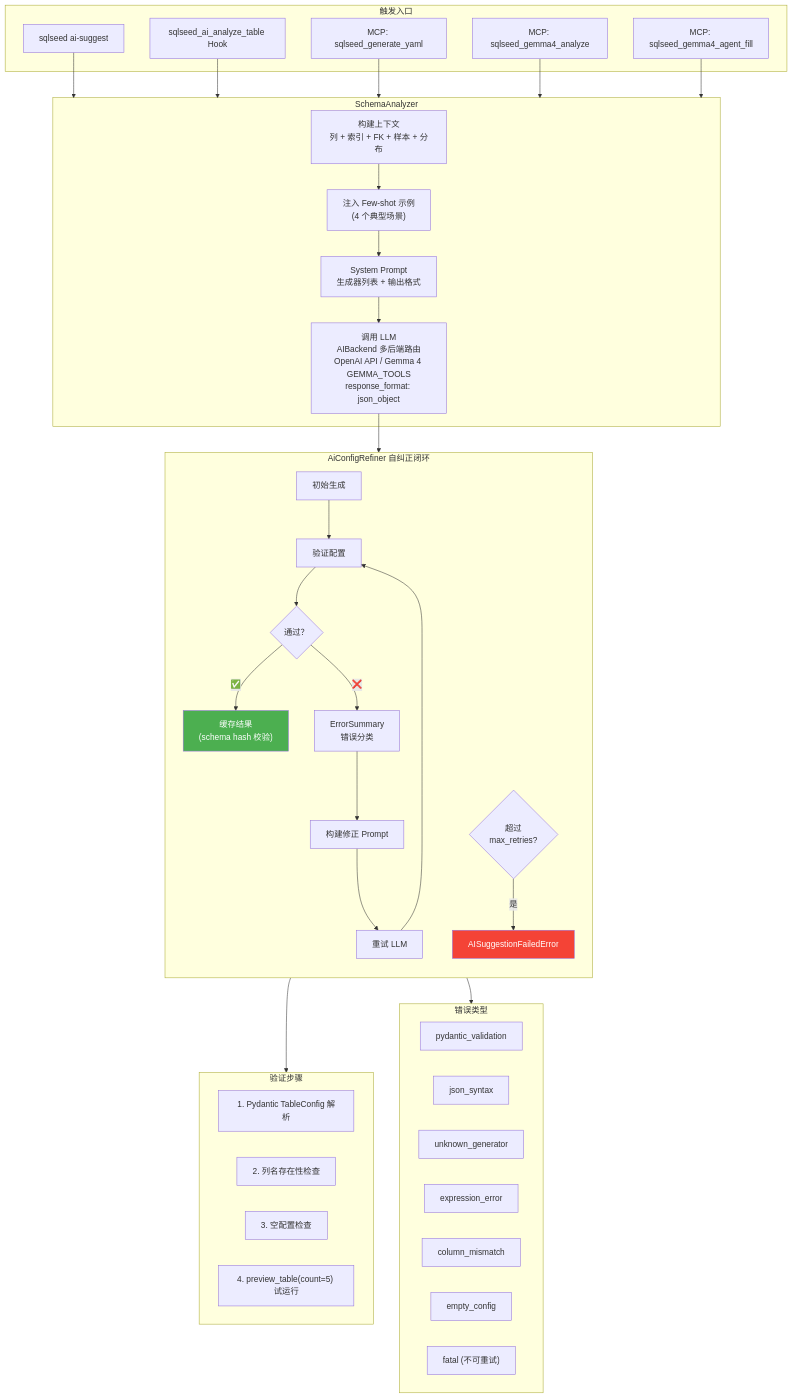
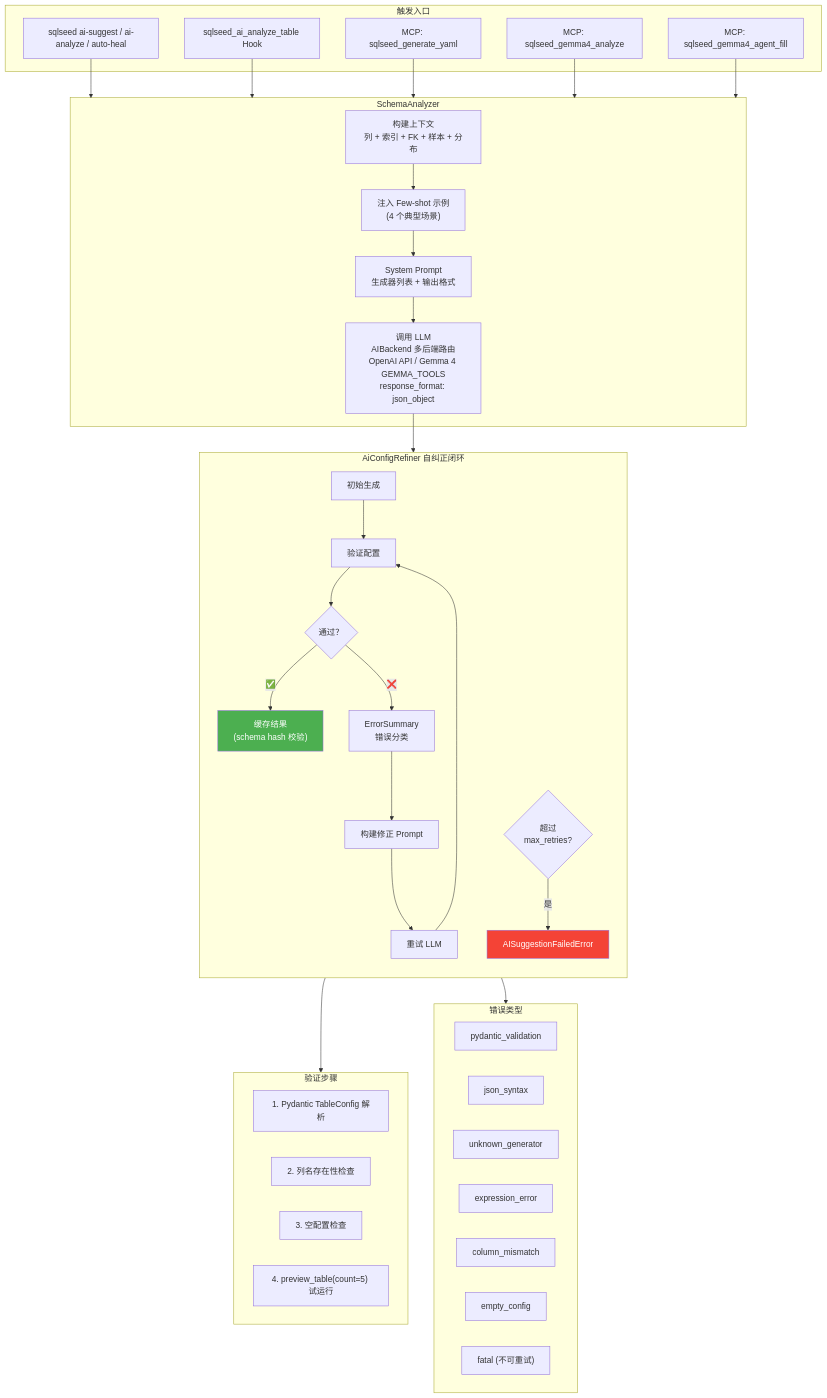
Before and after one commit to sunbos/sqlseed: the seventh of 11 diagrams in docs/architecture.zh-CN.md, drawn with Mermaid. The commit also changed 47 other files, not shown here.

````diff
--- a/docs/architecture.zh-CN.md
+++ b/docs/architecture.zh-CN.md
@@ -444,68 +444,68 @@
 ```mermaid
 flowchart TB
     subgraph CLI_Trigger["触发入口"]
-        CLICmd["sqlseed ai-suggest"]
+        CLICmd["sqlseed ai-suggest / ai-analyze / auto-heal"]
         HookCall["sqlseed_ai_analyze_table Hook"]
         MCPTool["MCP: sqlseed_generate_yaml"]
         MCPGemma4Analyze["MCP: sqlseed_gemma4_analyze"]
         MCPGemma4AgentFill["MCP: sqlseed_gemma4_agent_fill"]
     end
 
     subgraph Analyzer["SchemaAnalyzer"]
         Context["构建上下文<br/>列 + 索引 + FK + 样本 + 分布"]
         FewShot["注入 Few-shot 示例<br/>(4 个典型场景)"]
         SysPrompt["System Prompt<br/>生成器列表 + 输出格式"]
         LLM["调用 LLM<br/>AIBackend 多后端路由<br/>OpenAI API / Gemma 4 GEMMA_TOOLS<br/>response_format: json_object"]
     end
 
     subgraph Refiner["AiConfigRefiner 自纠正闭环"]
         direction TB
         Init["初始生成"]
         Validate["验证配置"]
         VCheck{"通过？"}
         Cache["缓存结果<br/>(schema hash 校验)"]
         ErrorSum["ErrorSummary<br/>错误分类"]
         FixPrompt["构建修正 Prompt"]
         Retry["重试 LLM"]
         MaxCheck{"超过<br/>max_retries?"}
         FailErr["AISuggestionFailedError"]
 
         Init --> Validate --> VCheck
         VCheck -->|✅| Cache
         VCheck -->|❌| ErrorSum --> FixPrompt --> Retry
         Retry --> Validate
         MaxCheck -->|是| FailErr
     end
 
     subgraph Validation["验证步骤"]
         V1["1. Pydantic TableConfig 解析"]
         V2["2. 列名存在性检查"]
         V3["3. 空配置检查"]
         V4["4. preview_table(count=5) 试运行"]
     end
 
     subgraph ErrorTypes["错误类型"]
         E1["pydantic_validation"]
         E2["json_syntax"]
         E3["unknown_generator"]
         E4["expression_error"]
         E5["column_mismatch"]
         E6["empty_config"]
         E7["fatal (不可重试)"]
     end
 
     CLICmd --> Analyzer
     HookCall --> Analyzer
     MCPTool --> Analyzer
     MCPGemma4Analyze --> Analyzer
     MCPGemma4AgentFill --> Analyzer
 
     Context --> FewShot --> SysPrompt --> LLM
     LLM --> Refiner
 
     Validate --> Validation
     ErrorSum --> ErrorTypes
 
     style Cache fill:#4CAF50,color:#fff
     style FailErr fill:#F44336,color:#fff
 ```
````
